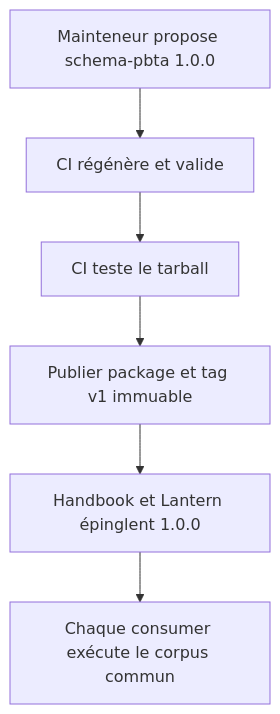
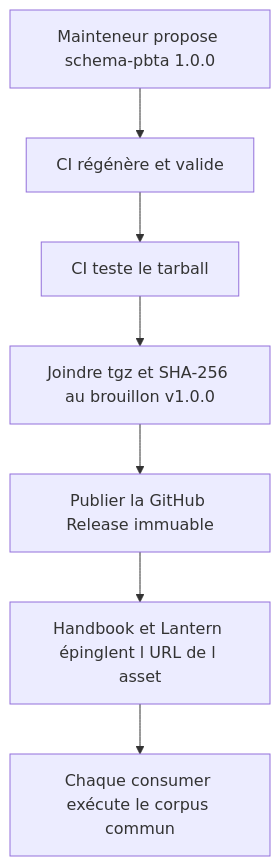
The first of 2 diagrams in aidd_docs/tasks/2026_09/2026_09_11_schema-pbta-canonical-contract/phase-3.md (RebelliousSmile/schema-pbta), drawn with Mermaid before and after one commit. The commit also changed other lines of this file and 3 other files, not shown here.

Commit message:
plan: distribute contract via immutable GitHub release

````diff
--- a/aidd_docs/tasks/2026_09/2026_09_11_schema-pbta-canonical-contract/phase-3.md
+++ b/aidd_docs/tasks/2026_09/2026_09_11_schema-pbta-canonical-contract/phase-3.md
@@ -28,8 +28,9 @@
 ```mermaid
 flowchart TD
   A[Mainteneur propose schema-pbta 1.0.0] --> B[CI régénère et valide]
   B --> C[CI teste le tarball]
-  C --> D[Publier package et tag v1 immuable]
-  D --> E[Handbook et Lantern épinglent 1.0.0]
-  E --> F[Chaque consumer exécute le corpus commun]
+  C --> D[Joindre tgz et SHA-256 au brouillon v1.0.0]
+  D --> E[Publier la GitHub Release immuable]
+  E --> F[Handbook et Lantern épinglent l URL de l asset]
+  F --> G[Chaque consumer exécute le corpus commun]
 ```
````
